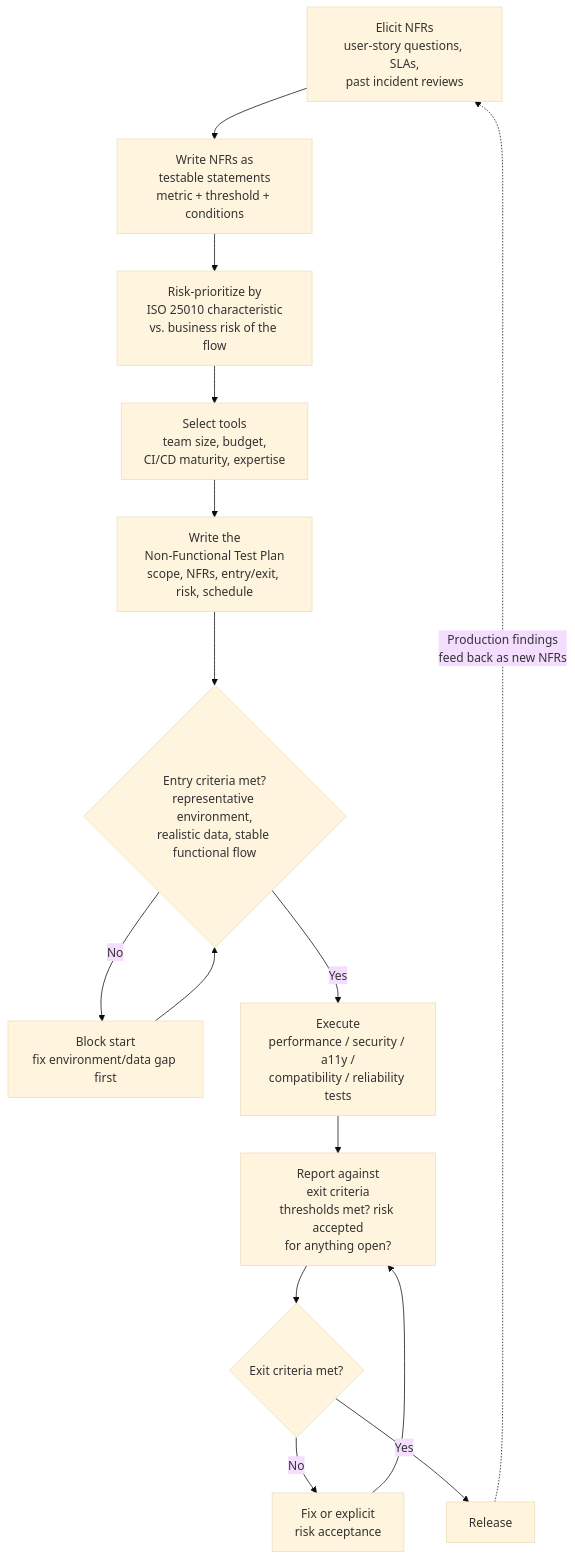
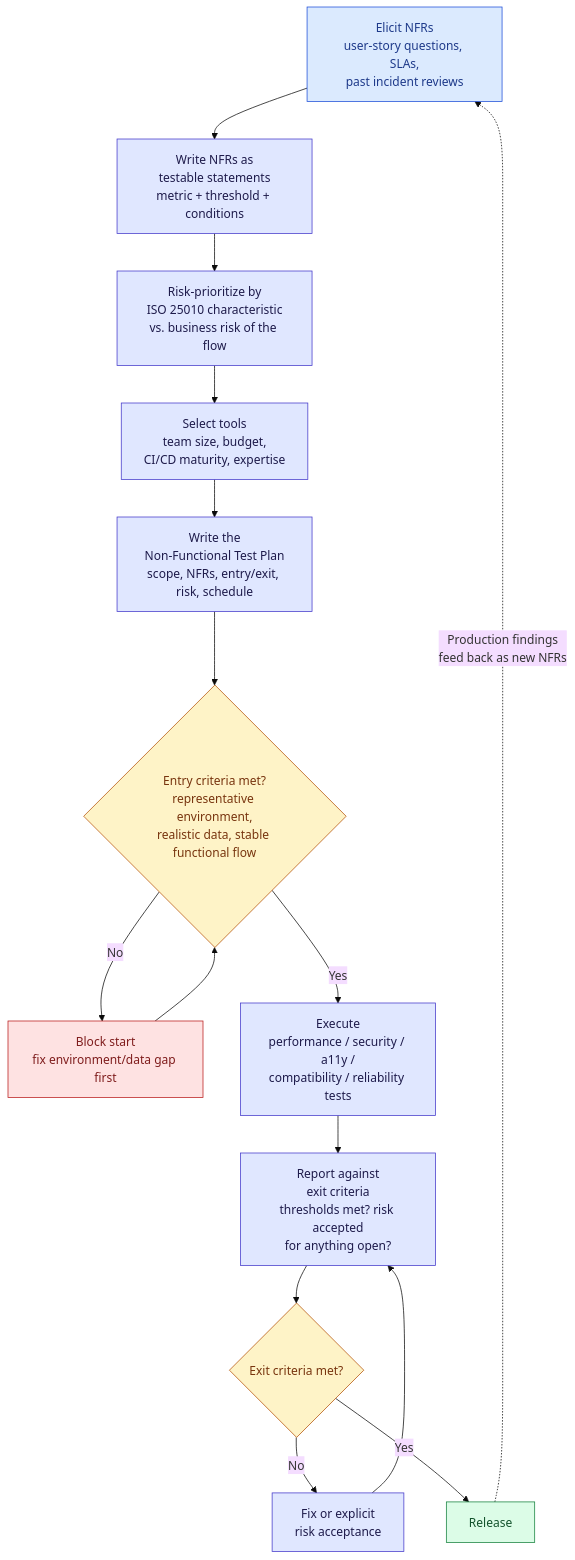
One commit to ghanendra-sdet/non-functional-testing-playbook changed the diagram in Part_12_NFT_Test_Planning_Strategy.md. Above: the diagram before and after it, drawn with Mermaid (base theme). The commit also changed other lines of this file and 15 other files, not shown here.

Commit message:
Fix ToC anchors and theme re-render; update to OWASP 2025, WCAG 2.2, PCI DSS 4.0.1; style diagrams

````diff
--- a/Part_12_NFT_Test_Planning_Strategy.md
+++ b/Part_12_NFT_Test_Planning_Strategy.md
@@ -563,17 +563,28 @@
 ```mermaid
 flowchart TD
-    A[Elicit NFRs\nuser-story questions, SLAs,\npast incident reviews] --> B[Write NFRs as\ntestable statements\nmetric + threshold + conditions]
-    B --> C[Risk-prioritize by\nISO 25010 characteristic\nvs. business risk of the flow]
-    C --> D[Select tools\nteam size, budget,\nCI/CD maturity, expertise]
-    D --> E[Write the\nNon-Functional Test Plan\nscope, NFRs, entry/exit, risk, schedule]
-    E --> F{Entry criteria met?\nrepresentative environment,\nrealistic data, stable functional flow}
-    F -- No --> F1[Block start\nfix environment/data gap first]
+    A[Elicit NFRs<br/>user-story questions, SLAs,<br/>past incident reviews] --> B[Write NFRs as<br/>testable statements<br/>metric + threshold + conditions]
+    B --> C[Risk-prioritize by<br/>ISO 25010 characteristic<br/>vs. business risk of the flow]
+    C --> D[Select tools<br/>team size, budget,<br/>CI/CD maturity, expertise]
+    D --> E[Write the<br/>Non-Functional Test Plan<br/>scope, NFRs, entry/exit, risk, schedule]
+    E --> F{Entry criteria met?<br/>representative environment,<br/>realistic data, stable functional flow}
+    F -- No --> F1[Block start<br/>fix environment/data gap first]
     F1 --> F
-    F -- Yes --> G[Execute\nperformance / security / a11y /\ncompatibility / reliability tests]
-    G --> H[Report against\nexit criteria\nthresholds met? risk accepted\nfor anything open?]
+    F -- Yes --> G[Execute<br/>performance / security / a11y /<br/>compatibility / reliability tests]
+    G --> H[Report against<br/>exit criteria<br/>thresholds met? risk accepted<br/>for anything open?]
     H --> I{Exit criteria met?}
-    I -- No --> J[Fix or explicit\nrisk acceptance]
+    I -- No --> J[Fix or explicit<br/>risk acceptance]
     J --> H
     I -- Yes --> K[Release]
-    K -.->|Production findings\nfeed back as new NFRs| A
+    K -.->|Production findings<br/>feed back as new NFRs| A
+
+    classDef start fill:#dbeafe,stroke:#1d4ed8,color:#1e3a8a
+    classDef step fill:#e0e7ff,stroke:#4338ca,color:#1e1b4b
+    classDef decision fill:#fef3c7,stroke:#b45309,color:#78350f
+    classDef good fill:#dcfce7,stroke:#15803d,color:#14532d
+    classDef bad fill:#fee2e2,stroke:#b91c1c,color:#7f1d1d
+    class A start
+    class B,C,D,E,G,H,J step
+    class F,I decision
+    class F1 bad
+    class K good
 ```
````
